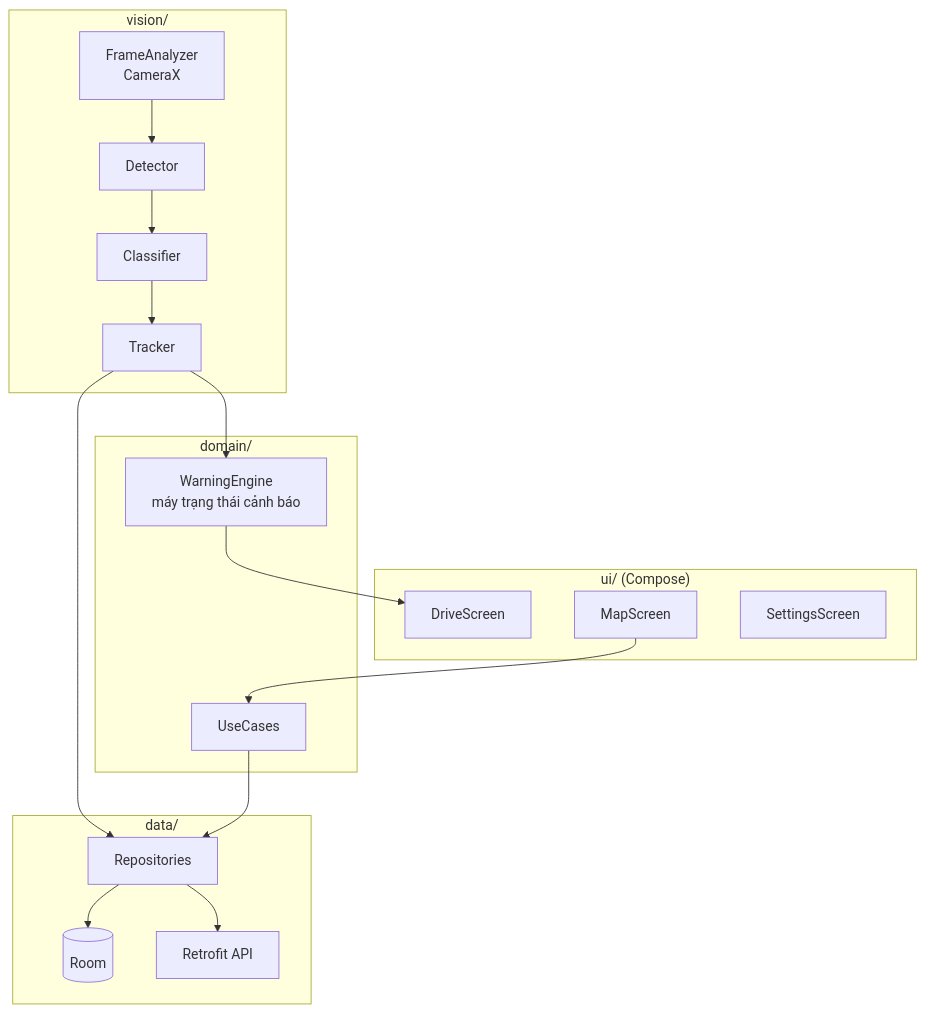
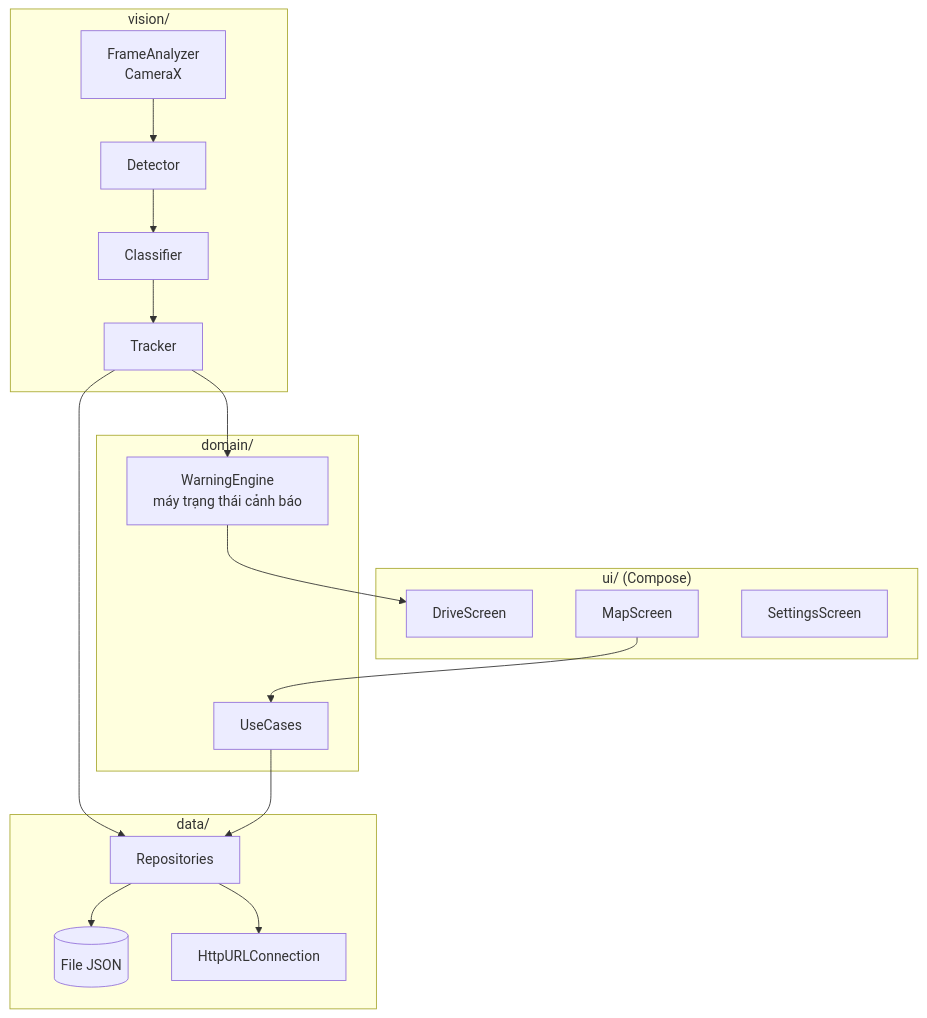
One commit to hana200804/DoAn changed the diagram in mobile/README.md. Above: the diagram before and after it, drawn with Mermaid. The commit also changed other lines of this file and 10 other files, not shown here.

````diff
--- a/mobile/README.md
+++ b/mobile/README.md
@@ -51,27 +49,27 @@
 ```mermaid
 flowchart TB
     subgraph UI["ui/ (Compose)"]
         DriveScreen
         MapScreen
         SettingsScreen
     end
     subgraph Domain["domain/"]
         WarningEngine["WarningEngine<br/>máy trạng thái cảnh báo"]
         UseCases
     end
     subgraph Data["data/"]
         Repo[Repositories]
-        Room[(Room)]
-        Api[Retrofit API]
+        Files[(File JSON)]
+        Api[HttpURLConnection]
     end
     subgraph Vision["vision/"]
         Analyzer[FrameAnalyzer<br/>CameraX] --> Detector --> Classifier --> Tracker
     end
 
     Tracker --> WarningEngine
     WarningEngine --> DriveScreen
     Tracker --> Repo
-    Repo --> Room
+    Repo --> Files
     Repo --> Api
     MapScreen --> UseCases --> Repo
 ```
````
